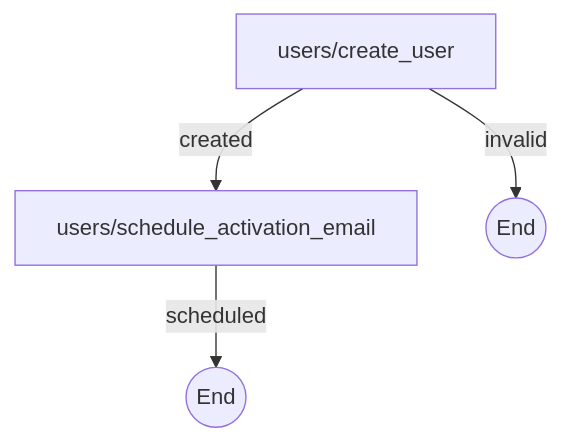
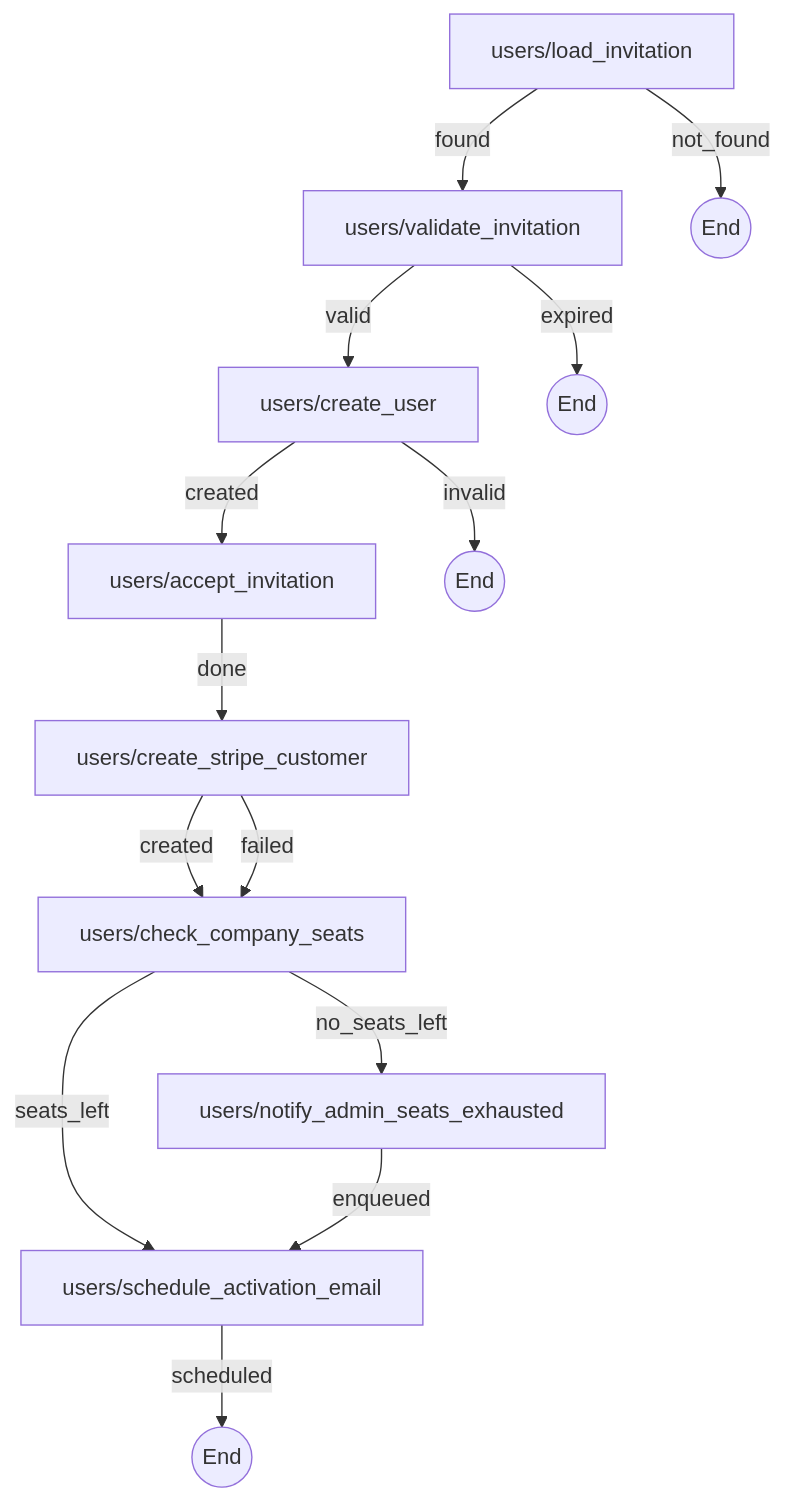
Before and after one commit to piasekhgw/sync_traverse: the first of 2 diagrams in README.md, drawn with Mermaid. The commit also changed other lines of this file, not shown here.

````diff
--- a/README.md
+++ b/README.md
@@ -115,8 +136,24 @@
 ```mermaid
 flowchart TD
+  users/load_invitation[users/load_invitation]
+  users/validate_invitation[users/validate_invitation]
   users/create_user[users/create_user]
+  users/accept_invitation[users/accept_invitation]
+  users/create_stripe_customer[users/create_stripe_customer]
+  users/check_company_seats[users/check_company_seats]
+  users/notify_admin_seats_exhausted[users/notify_admin_seats_exhausted]
   users/schedule_activation_email[users/schedule_activation_email]
-  users/create_user -->|created| users/schedule_activation_email
-  users/create_user -->|invalid| end1((End))
-  users/schedule_activation_email -->|scheduled| end2((End))
+  users/load_invitation -->|found| users/validate_invitation
+  users/load_invitation -->|not_found| end1((End))
+  users/validate_invitation -->|valid| users/create_user
+  users/validate_invitation -->|expired| end2((End))
+  users/create_user -->|created| users/accept_invitation
+  users/create_user -->|invalid| end3((End))
+  users/accept_invitation -->|done| users/create_stripe_customer
+  users/create_stripe_customer -->|created| users/check_company_seats
+  users/create_stripe_customer -->|failed| users/check_company_seats
+  users/check_company_seats -->|seats_left| users/schedule_activation_email
+  users/check_company_seats -->|no_seats_left| users/notify_admin_seats_exhausted
+  users/notify_admin_seats_exhausted -->|enqueued| users/schedule_activation_email
+  users/schedule_activation_email -->|scheduled| end4((End))
 ```
````
